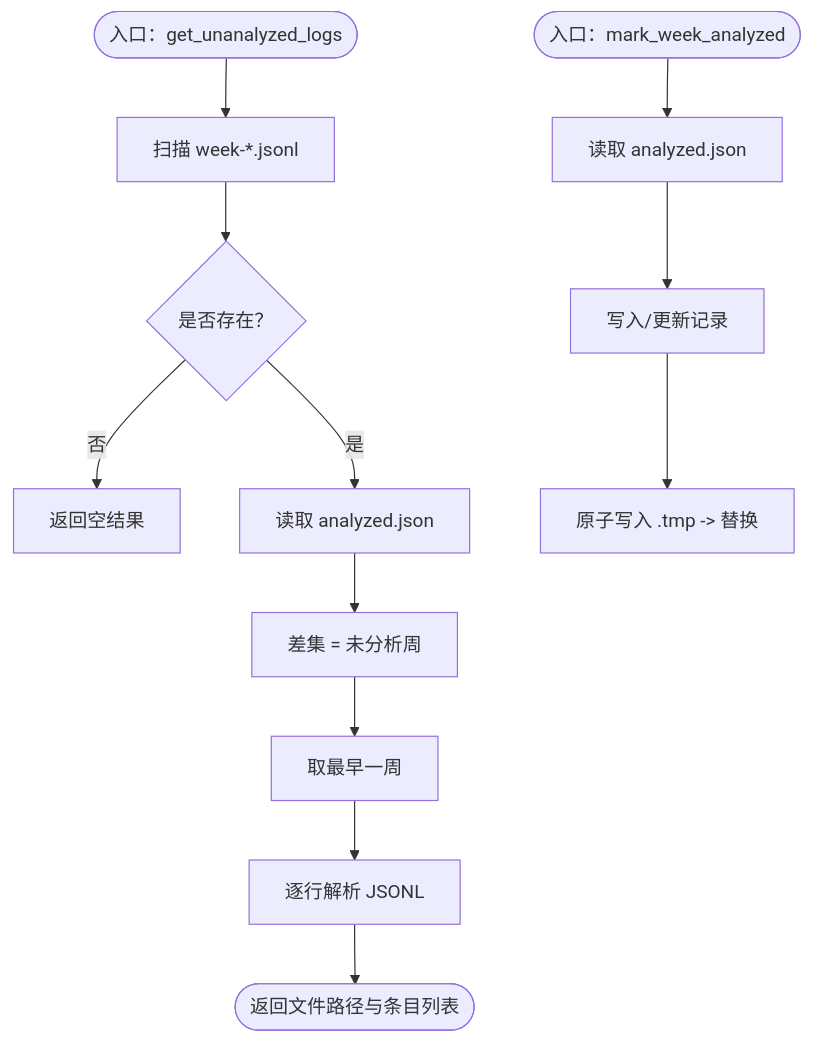
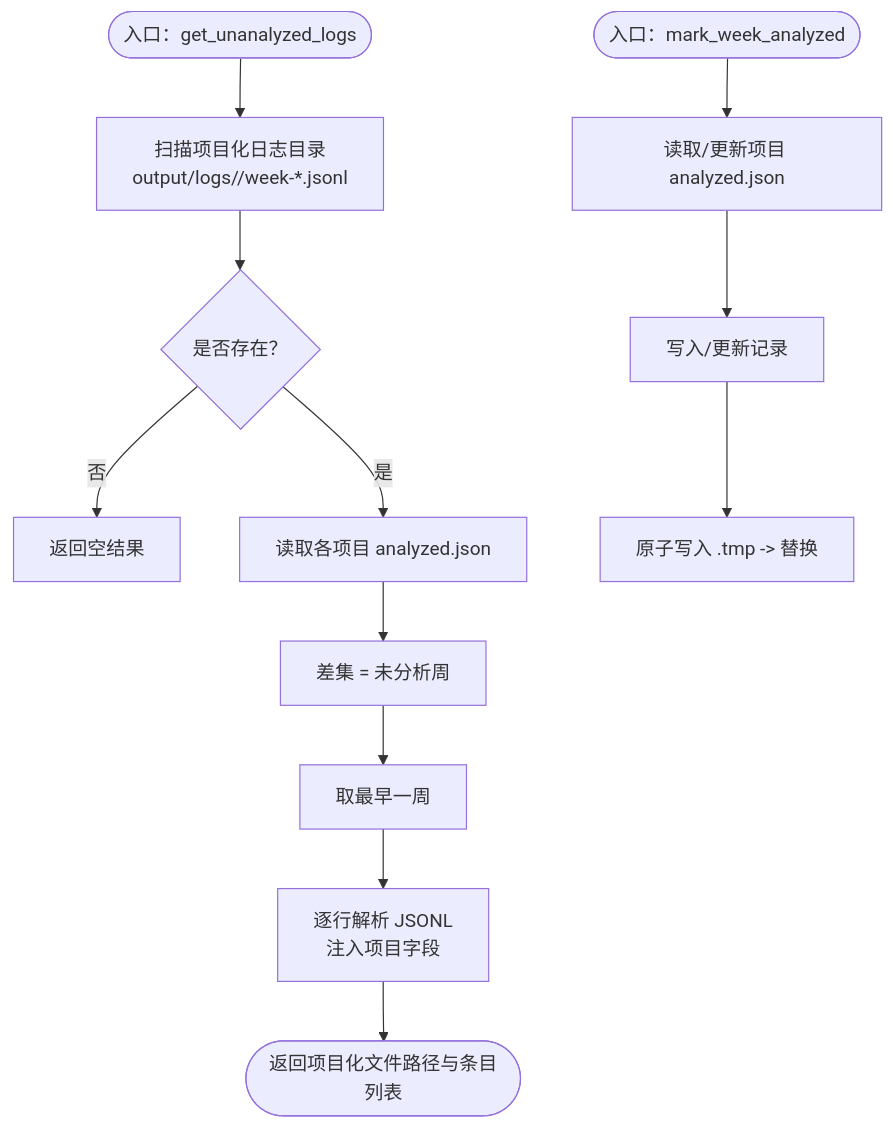
Before and after one commit to 1173591564/academic-based-qoder: the fourth of 9 diagrams in .qoder/repowiki/zh/content/Python后端系统/研究循环引擎.md, drawn with Mermaid. The commit also changed other lines of this file and 68 other files, not shown here.

````diff
--- a/.qoder/repowiki/zh/content/Python后端系统/研究循环引擎.md
+++ b/.qoder/repowiki/zh/content/Python后端系统/研究循环引擎.md
@@ -193,14 +209,14 @@
 ```mermaid
 flowchart TD
-S(["入口：get_unanalyzed_logs"]) --> Scan["扫描 week-*.jsonl"]
+S(["入口：get_unanalyzed_logs"]) --> Scan["扫描项目化日志目录<br/>output/logs/<project>/week-*.jsonl"]
 Scan --> Exists{"是否存在？"}
 Exists --> |否| ReturnEmpty["返回空结果"]
-Exists --> |是| ReadDone["读取 analyzed.json"]
+Exists --> |是| ReadDone["读取各项目 analyzed.json"]
 ReadDone --> Diff["差集 = 未分析周"]
 Diff --> Pick["取最早一周"]
-Pick --> Parse["逐行解析 JSONL"]
-Parse --> Done(["返回文件路径与条目列表"])
-Mark(["入口：mark_week_analyzed"]) --> ReadDone2["读取 analyzed.json"]
+Pick --> Parse["逐行解析 JSONL<br/>注入项目字段"]
+Parse --> Done(["返回项目化文件路径与条目列表"])
+Mark(["入口：mark_week_analyzed"]) --> ReadDone2["读取/更新项目 analyzed.json"]
 ReadDone2 --> Upsert["写入/更新记录"]
 Upsert --> Atomic["原子写入 .tmp -> 替换"]
 ```
````
